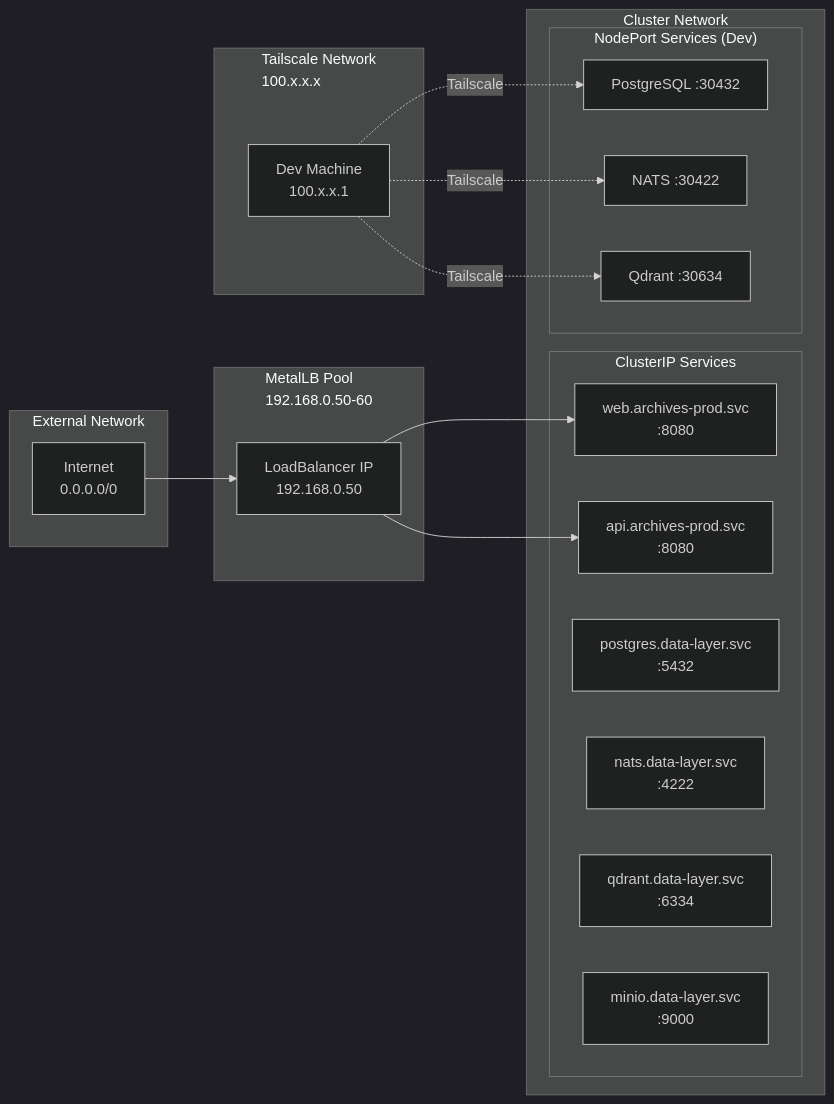
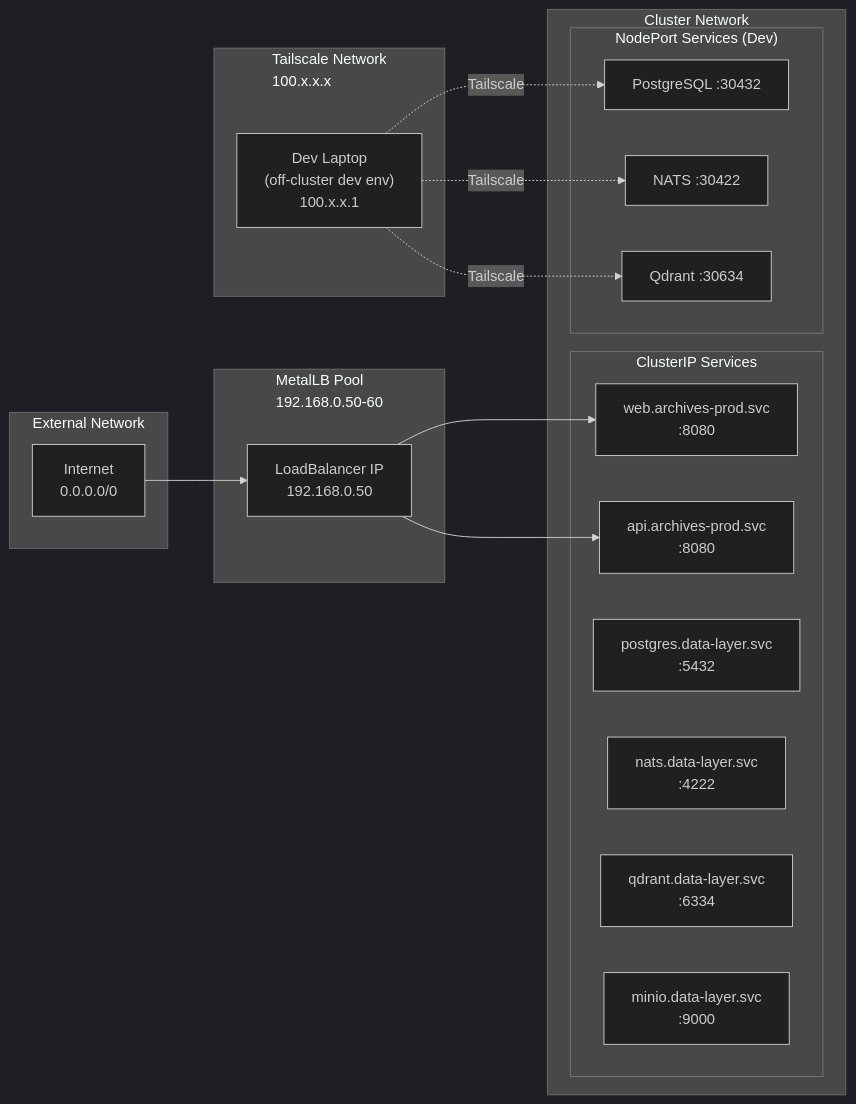
The second of 3 diagrams in src/content/diagrams/kubernetes-deployment.md (viktorrobin/bluerobin-blog), drawn with Mermaid (dark theme) before and after one commit. The commit also changed other lines of this file and 5 other files, not shown here.

First line of the commit message:
content: reflect prod-only collapse in architecture diagrams (ADR-034) (#3)

````diff
--- a/src/content/diagrams/kubernetes-deployment.md
+++ b/src/content/diagrams/kubernetes-deployment.md
@@ -127,38 +125,38 @@
 ```mermaid
 flowchart LR
     subgraph External["External Network"]
         Internet["Internet<br/>0.0.0.0/0"]
     end
 
     subgraph MetalLB["MetalLB Pool<br/>192.168.0.50-60"]
         LB["LoadBalancer IP<br/>192.168.0.50"]
     end
 
     subgraph Tailscale["Tailscale Network<br/>100.x.x.x"]
-        DevMachine["Dev Machine<br/>100.x.x.1"]
+        DevMachine["Dev Laptop<br/>(off-cluster dev env)<br/>100.x.x.1"]
     end
 
     subgraph ClusterNetwork["Cluster Network"]
         subgraph Services["ClusterIP Services"]
             WebSvc["web.archives-prod.svc<br/>:8080"]
             APISvc["api.archives-prod.svc<br/>:8080"]
             PGSvc["postgres.data-layer.svc<br/>:5432"]
             NATSSvc["nats.data-layer.svc<br/>:4222"]
             QdrantSvc["qdrant.data-layer.svc<br/>:6334"]
             MinIOSvc["minio.data-layer.svc<br/>:9000"]
         end
 
         subgraph NodePorts["NodePort Services (Dev)"]
             PGNP["PostgreSQL :30432"]
             NATSNP["NATS :30422"]
             QdrantNP["Qdrant :30634"]
         end
     end
 
     Internet --> LB
     LB --> WebSvc
     LB --> APISvc
     DevMachine -.->|Tailscale| PGNP
     DevMachine -.->|Tailscale| NATSNP
     DevMachine -.->|Tailscale| QdrantNP
 ```
````
